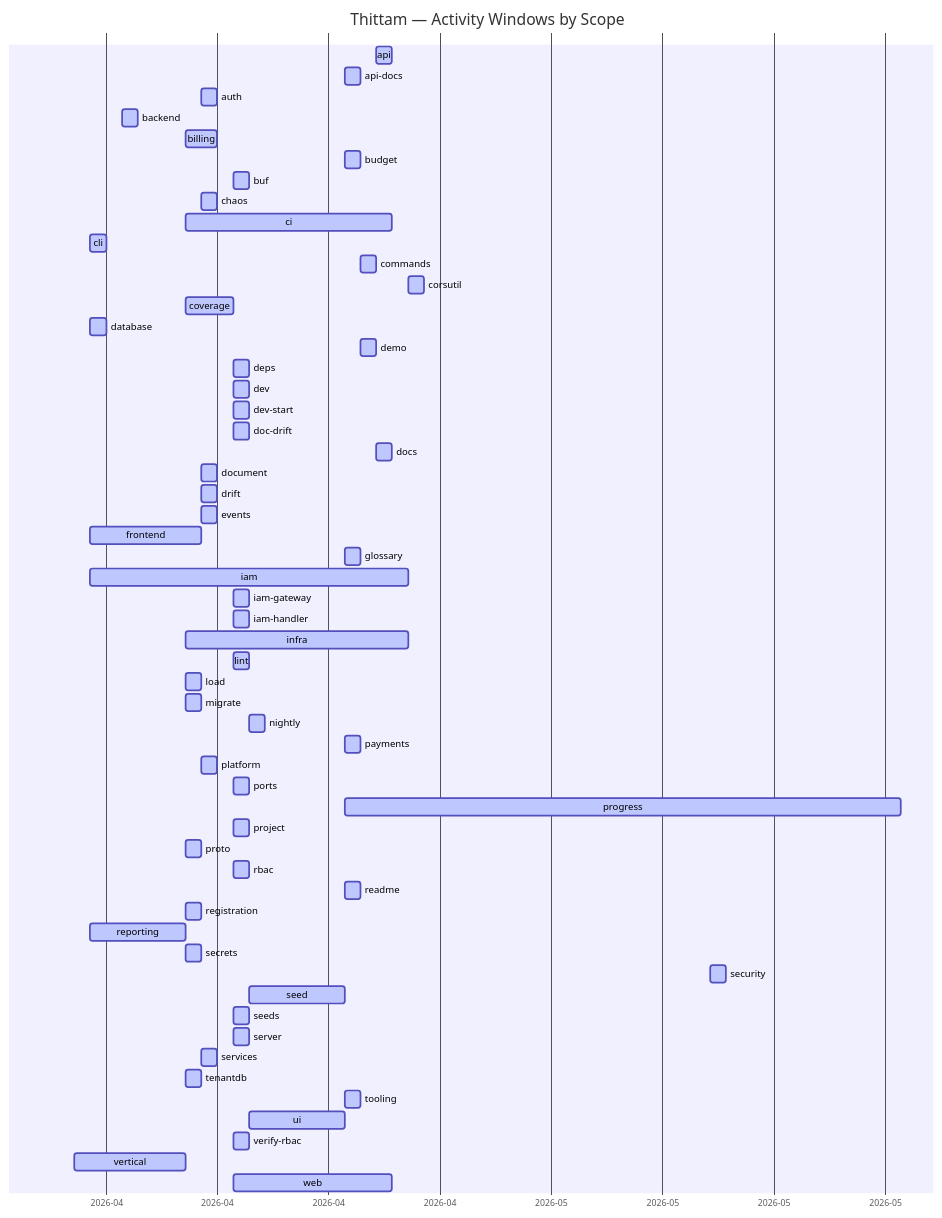
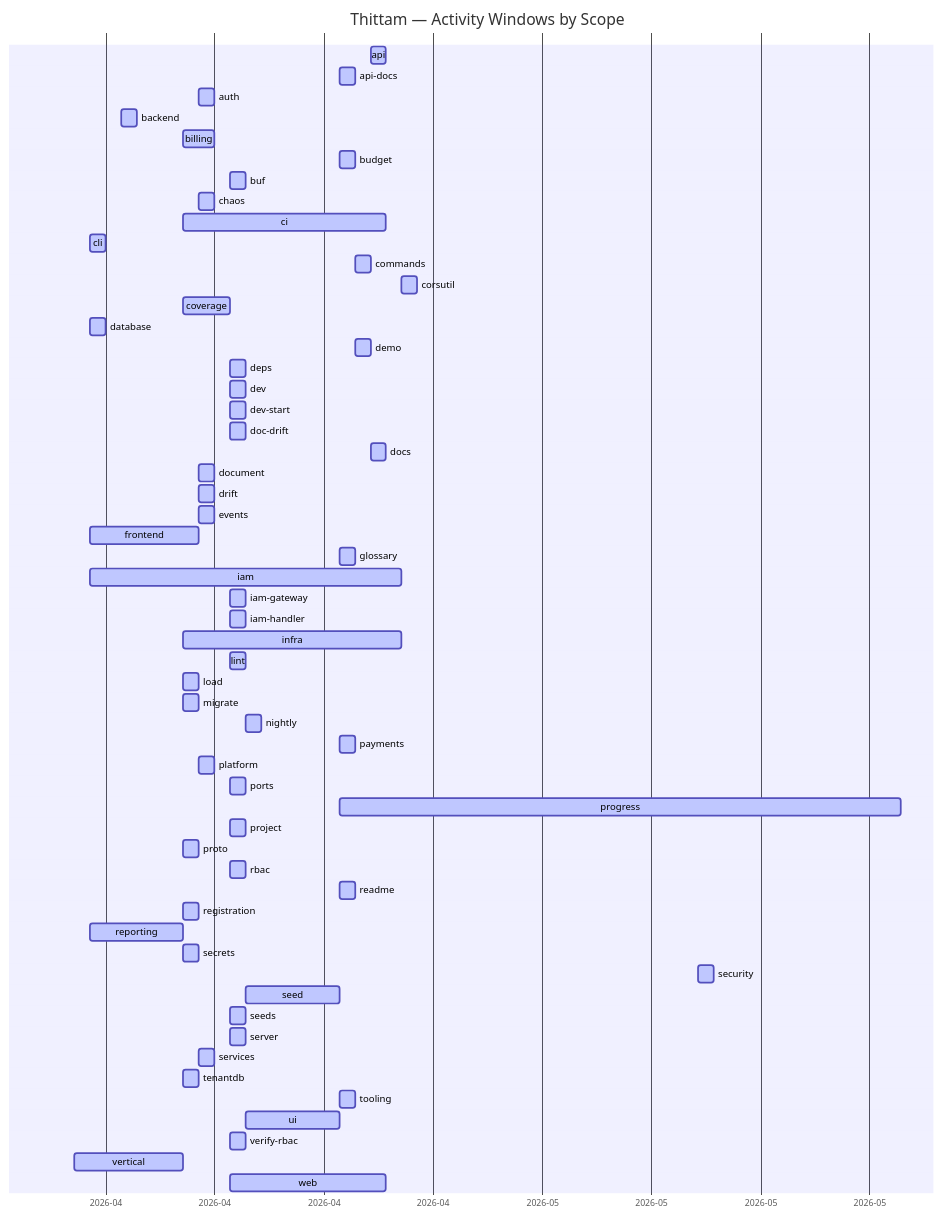
One commit to wegofwd2020-hub/thittam changed the diagram in docs/PROGRESS.md. Above: the diagram before and after it, drawn with Mermaid. The commit also changed other lines of this file and 1 other file, not shown here.

Commit message:
chore(progress): nightly update of docs/PROGRESS.md + CSVs

````diff
--- a/docs/PROGRESS.md
+++ b/docs/PROGRESS.md
@@ -9,61 +9,61 @@
 ```mermaid
 gantt
     title Thittam — Activity Windows by Scope
     dateFormat YYYY-MM-DD
     axisFormat %Y-%m
     api                :active, s_api, 2026-04-22, 2026-04-23
     api-docs           :active, s_api_docs, 2026-04-20, 2026-04-21
     auth               :active, s_auth, 2026-04-11, 2026-04-12
     backend            :active, s_backend, 2026-04-06, 2026-04-07
     billing            :active, s_billing, 2026-04-10, 2026-04-12
     budget             :active, s_budget, 2026-04-20, 2026-04-21
     buf                :active, s_buf, 2026-04-13, 2026-04-14
     chaos              :active, s_chaos, 2026-04-11, 2026-04-12
     ci                 :active, s_ci, 2026-04-10, 2026-04-23
     cli                :active, s_cli, 2026-04-04, 2026-04-05
     commands           :active, s_commands, 2026-04-21, 2026-04-22
     corsutil           :active, s_corsutil, 2026-04-24, 2026-04-25
     coverage           :active, s_coverage, 2026-04-10, 2026-04-13
     database           :active, s_database, 2026-04-04, 2026-04-05
     demo               :active, s_demo, 2026-04-21, 2026-04-22
     deps               :active, s_deps, 2026-04-13, 2026-04-14
     dev                :active, s_dev, 2026-04-13, 2026-04-14
     dev-start          :active, s_dev_start, 2026-04-13, 2026-04-14
     doc-drift          :active, s_doc_drift, 2026-04-13, 2026-04-14
     docs               :active, s_docs, 2026-04-22, 2026-04-23
     document           :active, s_document, 2026-04-11, 2026-04-12
     drift              :active, s_drift, 2026-04-11, 2026-04-12
     events             :active, s_events, 2026-04-11, 2026-04-12
     frontend           :active, s_frontend, 2026-04-04, 2026-04-11
     glossary           :active, s_glossary, 2026-04-20, 2026-04-21
     iam                :active, s_iam, 2026-04-04, 2026-04-24
     iam-gateway        :active, s_iam_gateway, 2026-04-13, 2026-04-14
     iam-handler        :active, s_iam_handler, 2026-04-13, 2026-04-14
     infra              :active, s_infra, 2026-04-10, 2026-04-24
     lint               :active, s_lint, 2026-04-13, 2026-04-14
     load               :active, s_load, 2026-04-10, 2026-04-11
     migrate            :active, s_migrate, 2026-04-10, 2026-04-11
     nightly            :active, s_nightly, 2026-04-14, 2026-04-15
     payments           :active, s_payments, 2026-04-20, 2026-04-21
     platform           :active, s_platform, 2026-04-11, 2026-04-12
     ports              :active, s_ports, 2026-04-13, 2026-04-14
-    progress           :active, s_progress, 2026-04-20, 2026-05-25
+    progress           :active, s_progress, 2026-04-20, 2026-05-26
     project            :active, s_project, 2026-04-13, 2026-04-14
     proto              :active, s_proto, 2026-04-10, 2026-04-11
     rbac               :active, s_rbac, 2026-04-13, 2026-04-14
     readme             :active, s_readme, 2026-04-20, 2026-04-21
     registration       :active, s_registration, 2026-04-10, 2026-04-11
     reporting          :active, s_reporting, 2026-04-04, 2026-04-10
     secrets            :active, s_secrets, 2026-04-10, 2026-04-11
     security           :active, s_security, 2026-05-13, 2026-05-14
     seed               :active, s_seed, 2026-04-14, 2026-04-20
     seeds              :active, s_seeds, 2026-04-13, 2026-04-14
     server             :active, s_server, 2026-04-13, 2026-04-14
     services           :active, s_services, 2026-04-11, 2026-04-12
     tenantdb           :active, s_tenantdb, 2026-04-10, 2026-04-11
     tooling            :active, s_tooling, 2026-04-20, 2026-04-21
     ui                 :active, s_ui, 2026-04-14, 2026-04-20
     verify-rbac        :active, s_verify_rbac, 2026-04-13, 2026-04-14
     vertical           :active, s_vertical, 2026-04-03, 2026-04-10
     web                :active, s_web, 2026-04-13, 2026-04-23
 ```
````
